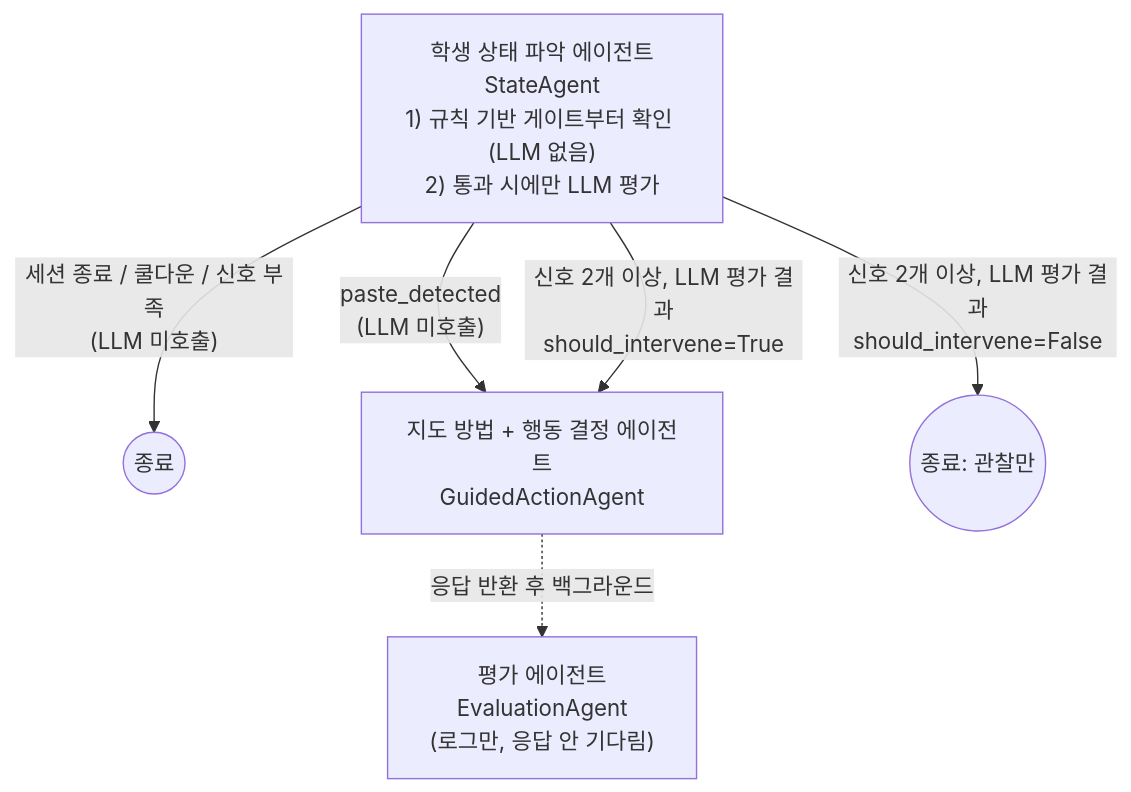
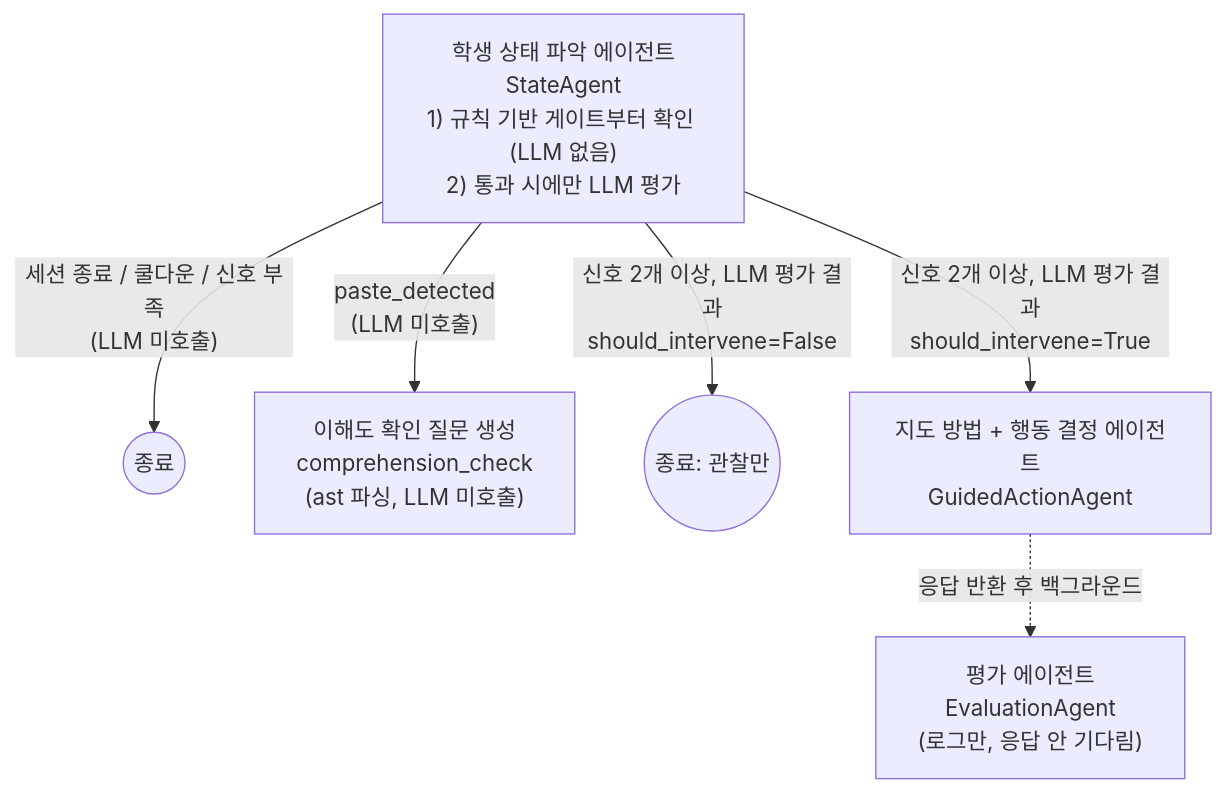
The diagram in agent/README.md (nxtcloud-edu/2026_KNUxKU_summer_camp_team04), drawn with Mermaid before and after one commit. The commit also changed other lines of this file and 37 other files, not shown here.

````diff
--- a/agent/README.md
+++ b/agent/README.md
@@ -47,9 +60,9 @@
 ```mermaid
 flowchart TD
     B["학생 상태 파악 에이전트<br/>StateAgent<br/>1) 규칙 기반 게이트부터 확인 (LLM 없음)<br/>2) 통과 시에만 LLM 평가"]
     B -->|"세션 종료 / 쿨다운 / 신호 부족<br/>(LLM 미호출)"| STOP1((종료))
-    B -->|"paste_detected<br/>(LLM 미호출)"| C
+    B -->|"paste_detected<br/>(LLM 미호출)"| P["이해도 확인 질문 생성<br/>comprehension_check<br/>(ast 파싱, LLM 미호출)"]
     B -->|"신호 2개 이상, LLM 평가 결과<br/>should_intervene=False"| STOP2((종료: 관찰만))
     B -->|"신호 2개 이상, LLM 평가 결과<br/>should_intervene=True"| C["지도 방법 + 행동 결정 에이전트<br/>GuidedActionAgent"]
     C -.응답 반환 후 백그라운드.-> F["평가 에이전트<br/>EvaluationAgent<br/>(로그만, 응답 안 기다림)"]
 ```
````
